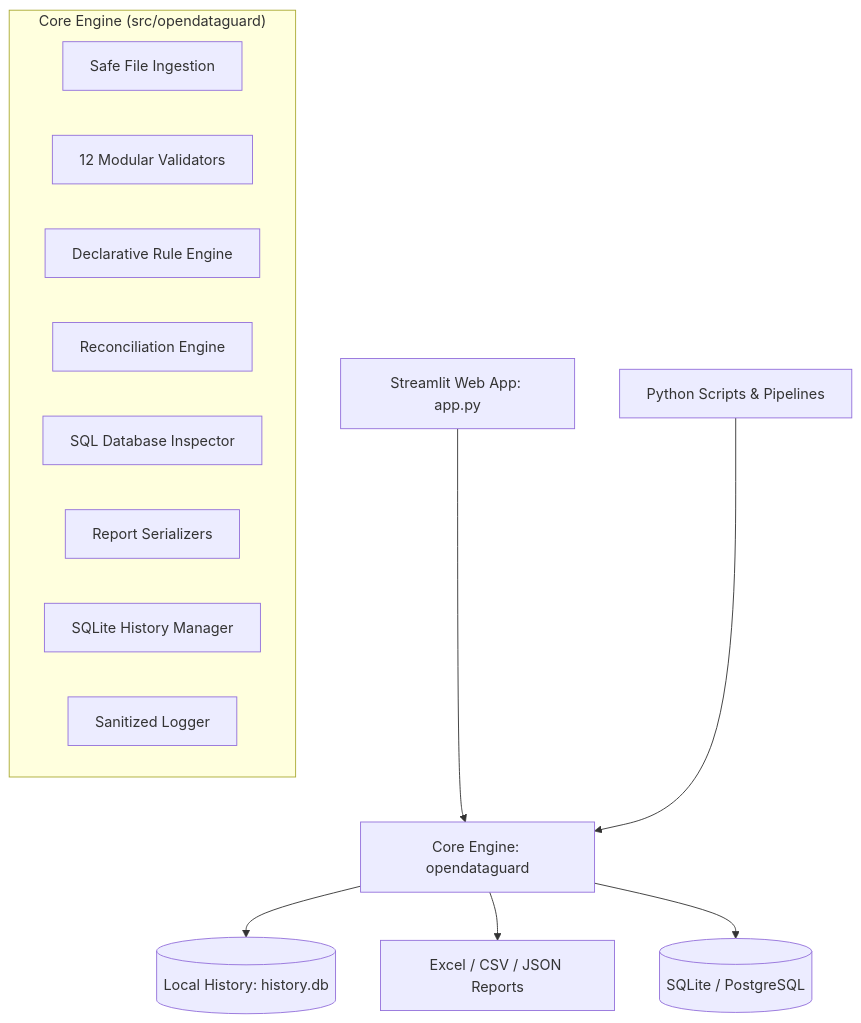
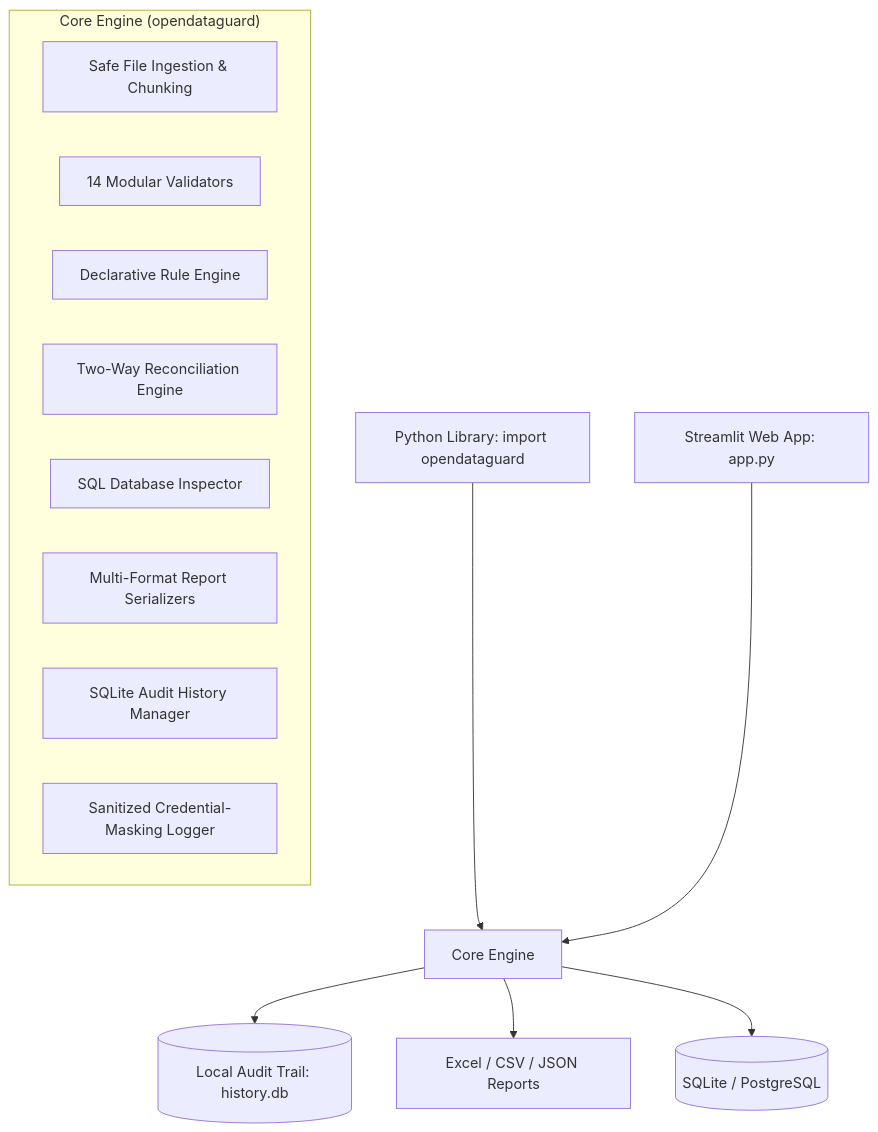
The diagram in README.md (RushikeshAlase7879/OpenDataGuard), drawn with Mermaid before and after one commit. The commit also changed other lines of this file, not shown here.

````diff
--- a/README.md
+++ b/README.md
@@ -106,20 +108,20 @@
 ```mermaid
 graph TD
-    UI[Streamlit Web App: app.py] --> Core[Core Engine: opendataguard]
-    CLI[Python Scripts & Pipelines] --> Core
+    API[Python Library: import opendataguard] --> Core[Core Engine]
+    UI[Streamlit Web App: app.py] --> Core
 
-    subgraph "Core Engine (src/opendataguard)"
-        Ingest[Safe File Ingestion]
-        Val[12 Modular Validators]
+    subgraph "Core Engine (opendataguard)"
+        Ingest[Safe File Ingestion & Chunking]
+        Val[14 Modular Validators]
         Rules[Declarative Rule Engine]
-        Rec[Reconciliation Engine]
+        Rec[Two-Way Reconciliation Engine]
         DB[SQL Database Inspector]
-        Rep[Report Serializers]
-        Hist[SQLite History Manager]
-        Log[Sanitized Logger]
+        Rep[Multi-Format Report Serializers]
+        Hist[SQLite Audit History Manager]
+        Log[Sanitized Credential-Masking Logger]
     end
 
-    Core --> Storage[(Local History: history.db)]
+    Core --> Storage[(Local Audit Trail: history.db)]
     Core --> OutReports[Excel / CSV / JSON Reports]
     Core --> TargetDB[(SQLite / PostgreSQL)]
 ```
````
